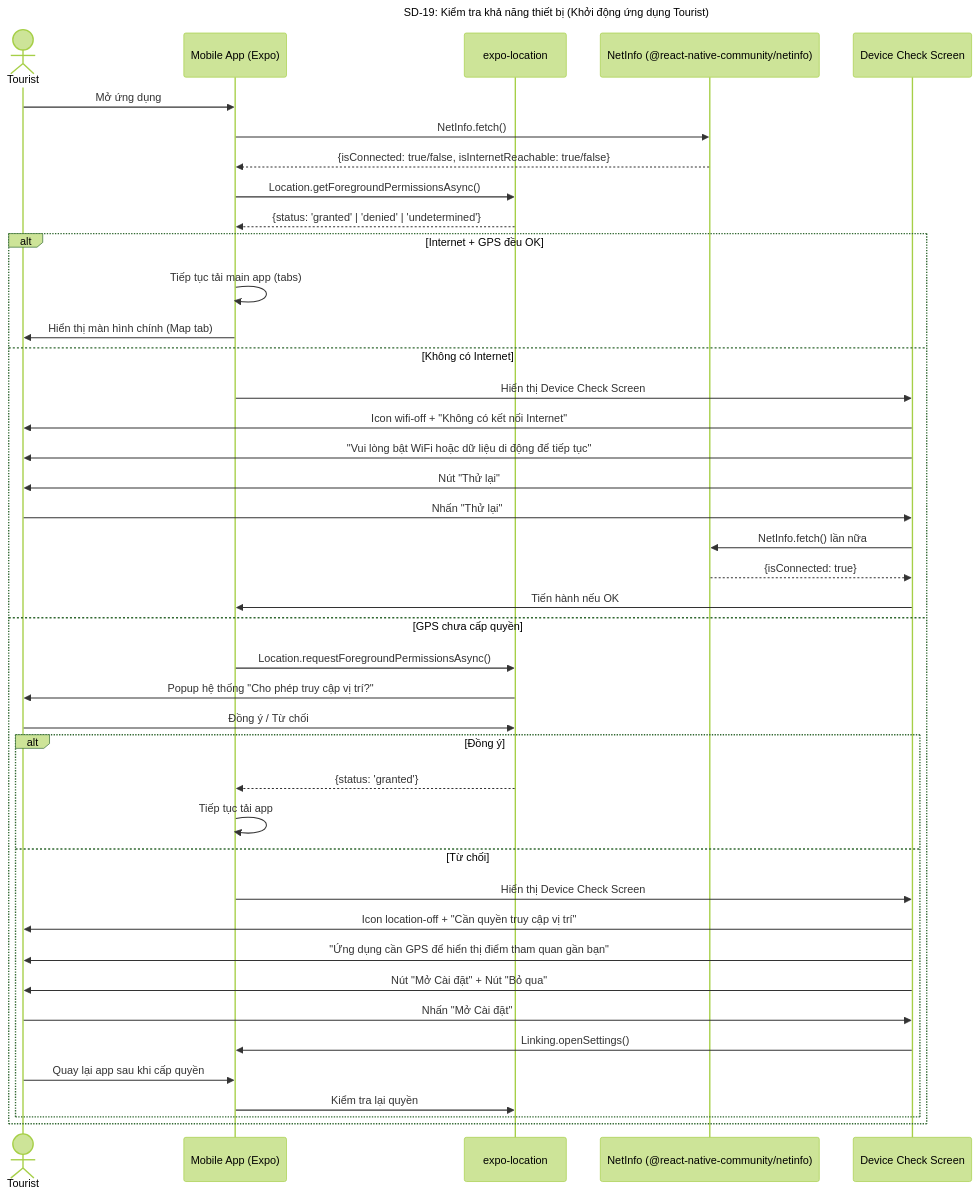
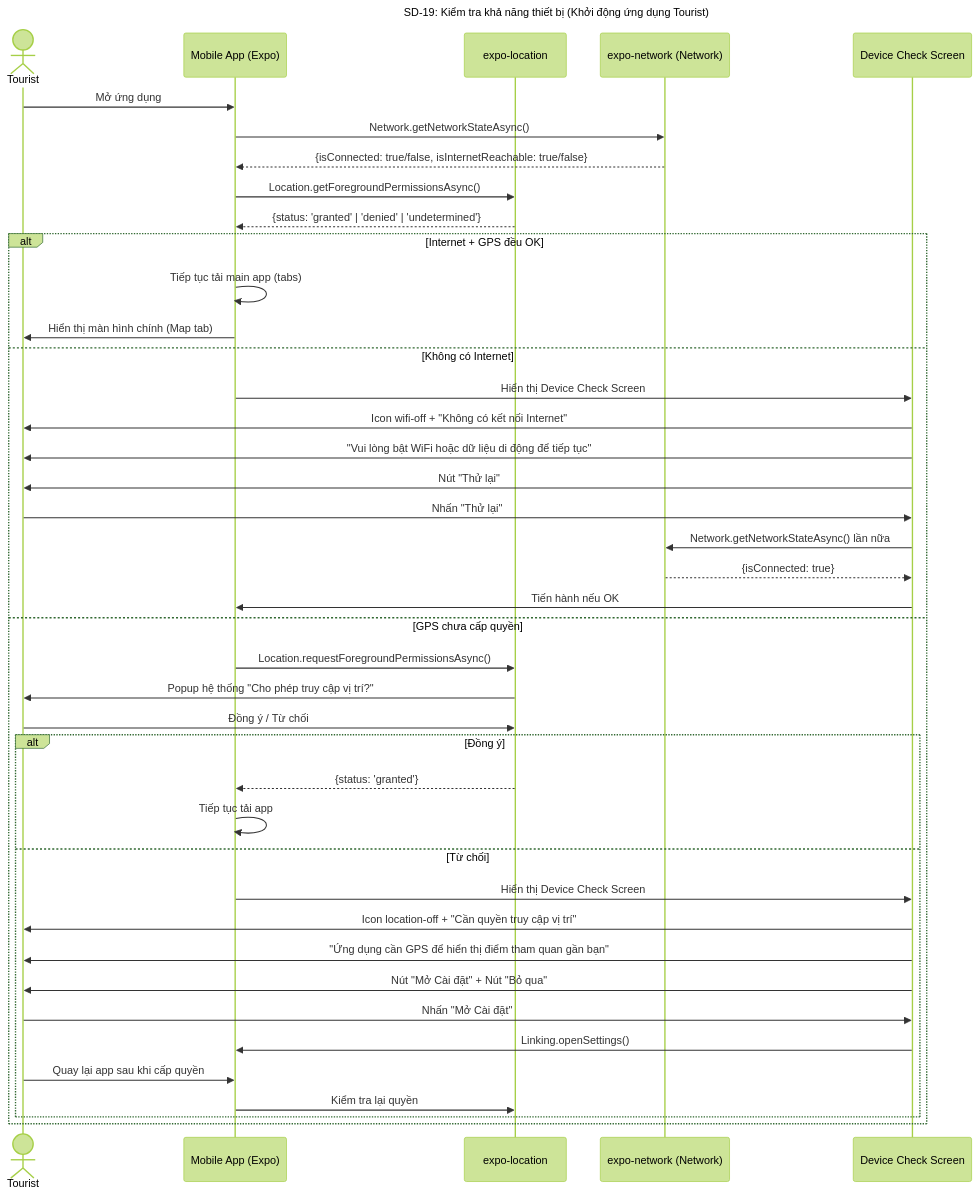
One commit to Ttuandatt/Seminar changed diagram 19 of 28 in docs/step3_prd/15_sequence_diagrams.md. Above: the diagram before and after it, drawn with Mermaid (forest theme). The commit also changed other lines of this file, not shown here.

First line of the commit message:
docs: sync 8 sequence diagrams with codebase (v4.1 → v4.2)

````diff
--- a/docs/step3_prd/15_sequence_diagrams.md
+++ b/docs/step3_prd/15_sequence_diagrams.md
@@ -1094,49 +1096,49 @@
 ```mermaid
 sequenceDiagram
     title SD-19: Kiểm tra khả năng thiết bị (Khởi động ứng dụng Tourist)
     actor Tourist
     participant App as Mobile App (Expo)
     participant GPS as expo-location
-    participant Net as NetInfo (@react-native-community/netinfo)
+    participant Net as expo-network (Network)
     participant UI as Device Check Screen
 
     Tourist->>App: Mở ứng dụng
 
-    App->>Net: NetInfo.fetch()
+    App->>Net: Network.getNetworkStateAsync()
     Net-->>App: {isConnected: true/false, isInternetReachable: true/false}
 
     App->>GPS: Location.getForegroundPermissionsAsync()
     GPS-->>App: {status: 'granted' | 'denied' | 'undetermined'}
 
     alt Internet + GPS đều OK
         App->>App: Tiếp tục tải main app (tabs)
         App->>Tourist: Hiển thị màn hình chính (Map tab)
     else Không có Internet
         App->>UI: Hiển thị Device Check Screen
         UI->>Tourist: Icon wifi-off + "Không có kết nối Internet"
         UI->>Tourist: "Vui lòng bật WiFi hoặc dữ liệu di động để tiếp tục"
         UI->>Tourist: Nút "Thử lại"
         Tourist->>UI: Nhấn "Thử lại"
-        UI->>Net: NetInfo.fetch() lần nữa
+        UI->>Net: Network.getNetworkStateAsync() lần nữa
         Net-->>UI: {isConnected: true}
         UI->>App: Tiến hành nếu OK
     else GPS chưa cấp quyền
         App->>GPS: Location.requestForegroundPermissionsAsync()
         GPS->>Tourist: Popup hệ thống "Cho phép truy cập vị trí?"
         Tourist->>GPS: Đồng ý / Từ chối
 
         alt Đồng ý
             GPS-->>App: {status: 'granted'}
             App->>App: Tiếp tục tải app
         else Từ chối
             App->>UI: Hiển thị Device Check Screen
             UI->>Tourist: Icon location-off + "Cần quyền truy cập vị trí"
             UI->>Tourist: "Ứng dụng cần GPS để hiển thị điểm tham quan gần bạn"
             UI->>Tourist: Nút "Mở Cài đặt" + Nút "Bỏ qua"
             Tourist->>UI: Nhấn "Mở Cài đặt"
             UI->>App: Linking.openSettings()
             Tourist->>App: Quay lại app sau khi cấp quyền
             App->>GPS: Kiểm tra lại quyền
         end
     end
 ```
````
